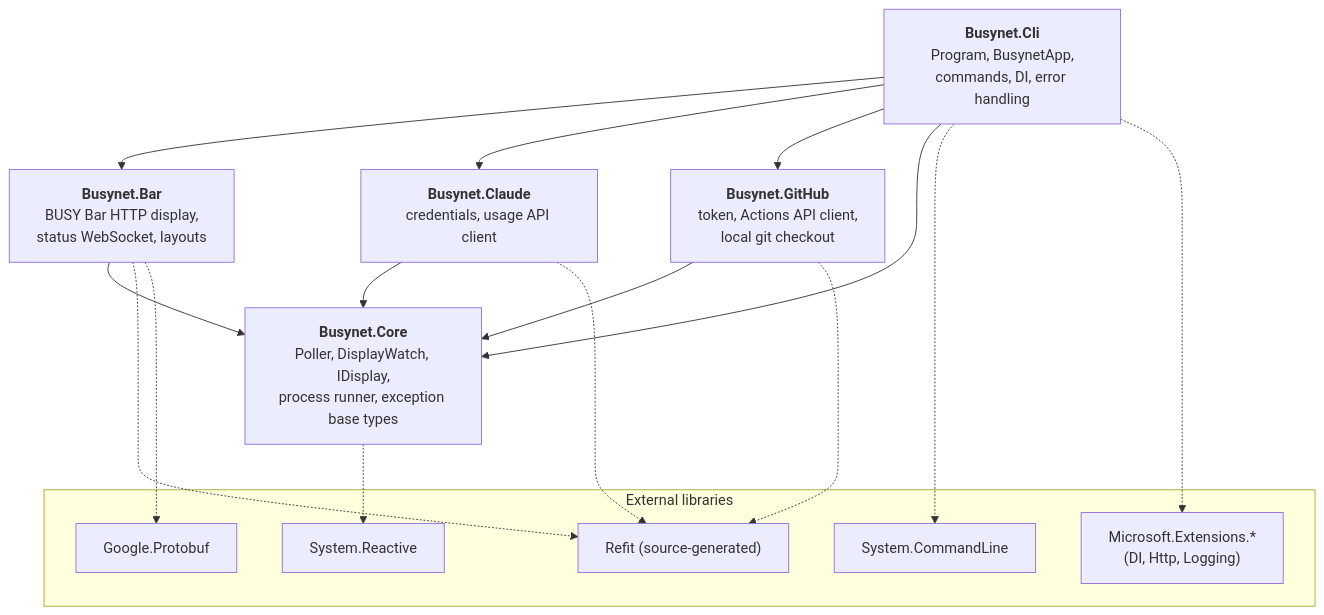
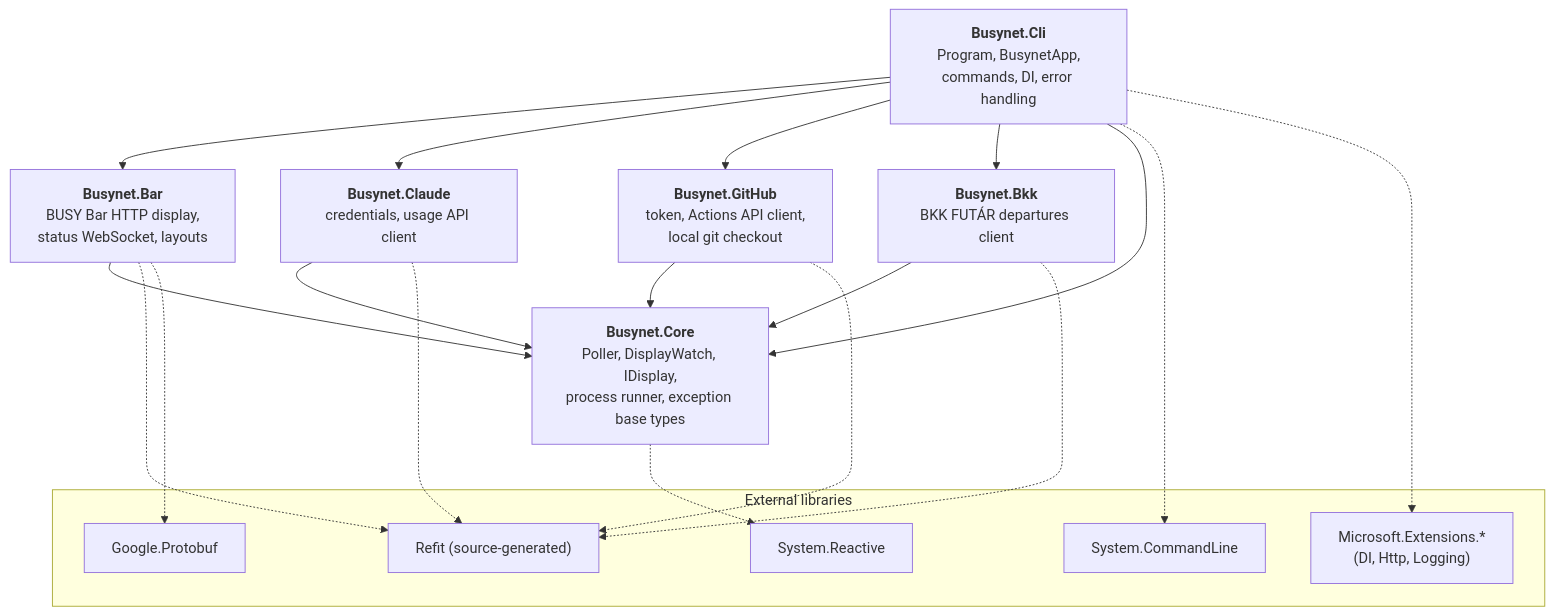
The second of 22 diagrams in docs/architecture.md (mb-dot-dev/busynet), drawn with Mermaid before and after one commit. The commit also changed other lines of this file and 38 other files, not shown here.

First line of the commit message:
Add bkk departures command (#11)

````diff
--- a/docs/architecture.md
+++ b/docs/architecture.md
@@ -59,32 +59,36 @@
 ```mermaid
 flowchart TB
     Cli["<b>Busynet.Cli</b><br/>Program, BusynetApp,<br/>commands, DI, error handling"]
     Bar["<b>Busynet.Bar</b><br/>BUSY Bar HTTP display,<br/>status WebSocket, layouts"]
     Claude["<b>Busynet.Claude</b><br/>credentials, usage API client"]
     GitHub["<b>Busynet.GitHub</b><br/>token, Actions API client,<br/>local git checkout"]
+    Bkk["<b>Busynet.Bkk</b><br/>BKK FUTÁR departures client"]
     Core["<b>Busynet.Core</b><br/>Poller, DisplayWatch, IDisplay,<br/>process runner, exception base types"]
 
     Cli --> Bar
     Cli --> Claude
     Cli --> GitHub
+    Cli --> Bkk
     Cli --> Core
     Bar --> Core
     Claude --> Core
     GitHub --> Core
+    Bkk --> Core
 
     subgraph External["External libraries"]
         Rx["System.Reactive"]
         Refit["Refit (source-generated)"]
         SCL["System.CommandLine"]
         PB["Google.Protobuf"]
         MEDI["Microsoft.Extensions.*<br/>(DI, Http, Logging)"]
     end
 
     Core -.-> Rx
     Bar -.-> Refit
     Bar -.-> PB
     Claude -.-> Refit
     GitHub -.-> Refit
+    Bkk -.-> Refit
     Cli -.-> SCL
     Cli -.-> MEDI
 ```
````
